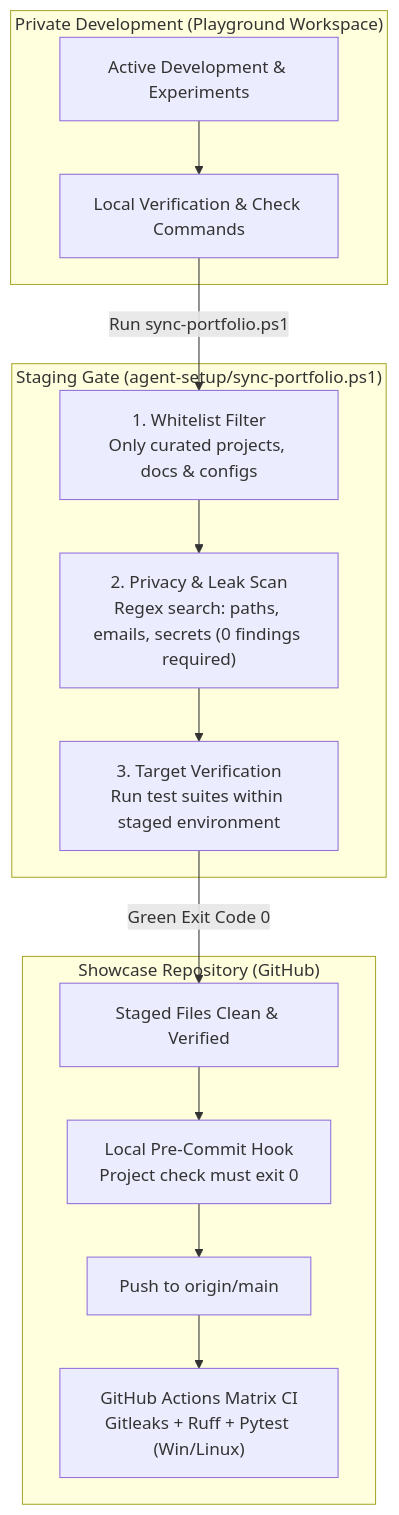
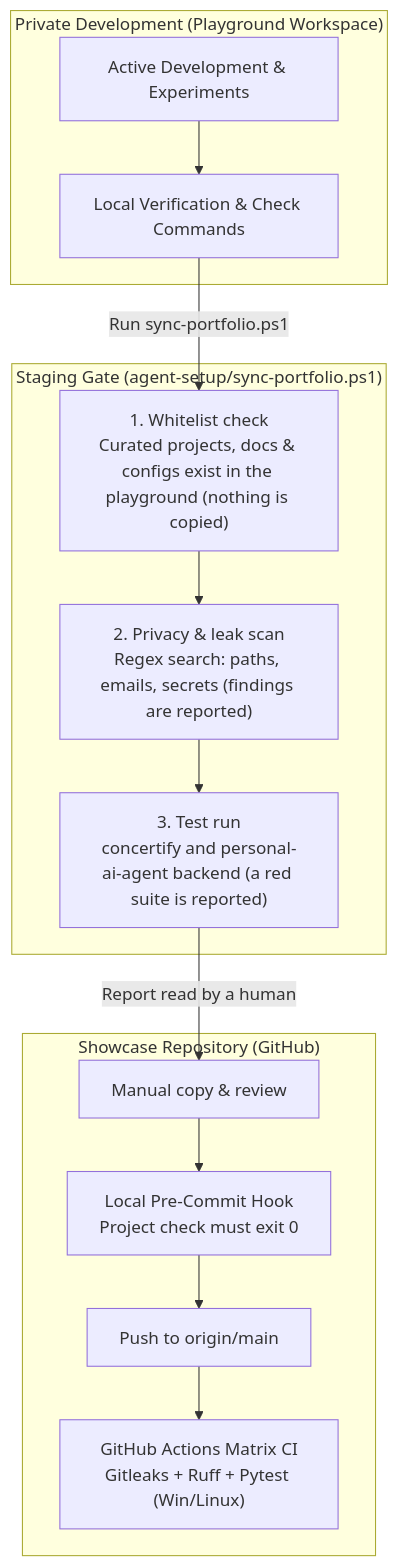
One commit to HeartledAgentEngineer/agentic-ai-software-engineering changed the diagram in agent-setup/README.md. Above: the diagram before and after it, drawn with Mermaid. The commit also changed other lines of this file and 11 other files, not shown here.

First line of the commit message:
docs: consistent numbers, run/check notes and an honest sync description (#51, part B) (#64)

````diff
--- a/agent-setup/README.md
+++ b/agent-setup/README.md
@@ -22,26 +23,26 @@
 ```mermaid
 flowchart TD
     subgraph Private["Private Development (Playground Workspace)"]
         Dev["Active Development & Experiments"]
         LocalTests["Local Verification & Check Commands"]
         Dev --> LocalTests
     end
 
     subgraph SyncGate["Staging Gate (agent-setup/sync-portfolio.ps1)"]
-        WhitelistFilter["1. Whitelist Filter<br/>Only curated projects, docs & configs"]
-        PrivacyScan["2. Privacy & Leak Scan<br/>Regex search: paths, emails, secrets (0 findings required)"]
-        TargetVerify["3. Target Verification<br/>Run test suites within staged environment"]
+        WhitelistFilter["1. Whitelist check<br/>Curated projects, docs & configs exist in the playground (nothing is copied)"]
+        PrivacyScan["2. Privacy & leak scan<br/>Regex search: paths, emails, secrets (findings are reported)"]
+        TargetVerify["3. Test run<br/>concertify and personal-ai-agent backend (a red suite is reported)"]
         WhitelistFilter --> PrivacyScan --> TargetVerify
     end
 
     subgraph Public["Showcase Repository (GitHub)"]
-        StagedClean["Staged Files Clean & Verified"]
+        StagedClean["Manual copy & review"]
         PreCommit["Local Pre-Commit Hook<br/>Project check must exit 0"]
         GitPush["Push to origin/main"]
         CloudCI["GitHub Actions Matrix CI<br/>Gitleaks + Ruff + Pytest (Win/Linux)"]
         StagedClean --> PreCommit --> GitPush --> CloudCI
     end
 
     LocalTests -->|"Run sync-portfolio.ps1"| WhitelistFilter
-    TargetVerify -->|"Green Exit Code 0"| StagedClean
+    TargetVerify -->|"Report read by a human"| StagedClean
 ```
````
